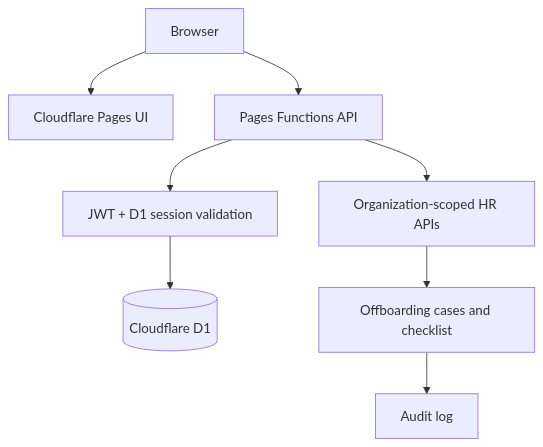
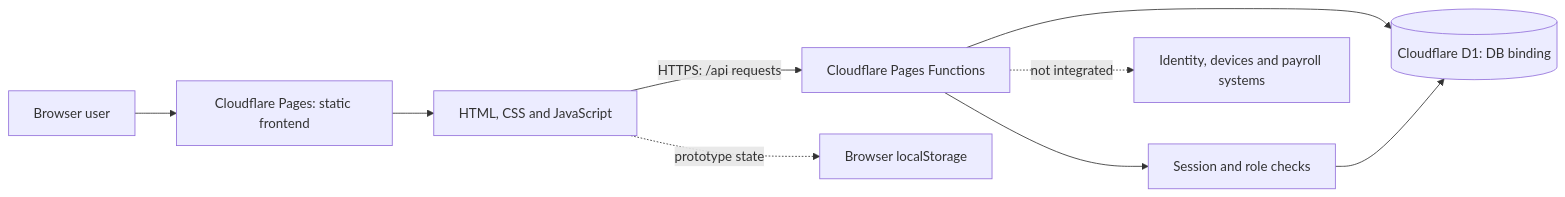
The first of 4 diagrams in README.md (DevJel/jelhr-system), drawn with Mermaid before and after one commit. The commit also changed other lines of this file and 2 other files, not shown here.

Commit message:
Document architecture, workflows and readiness gaps

````diff
--- a/README.md
+++ b/README.md
@@ -122,10 +60,11 @@
 ```mermaid
-flowchart TD
-  Browser --> Pages[Cloudflare Pages UI]
-  Browser --> Functions[Pages Functions API]
-  Functions --> Auth[JWT + D1 session validation]
-  Auth --> D1[(Cloudflare D1)]
-  Functions --> HR[Organization-scoped HR APIs]
-  HR --> Offboard[Offboarding cases and checklist]
-  Offboard --> Audit[Audit log]
+flowchart LR
+  User[Browser user] --> Pages[Cloudflare Pages: static frontend]
+  Pages --> Browser[HTML, CSS and JavaScript]
+  Browser -->|HTTPS: /api requests| Functions[Cloudflare Pages Functions]
+  Functions --> Auth[Session and role checks]
+  Functions --> DB[(Cloudflare D1: DB binding)]
+  Auth --> DB
+  Browser -. prototype state .-> Local[Browser localStorage]
+  Functions -. not integrated .-> External[Identity, devices and payroll systems]
 ```
````
